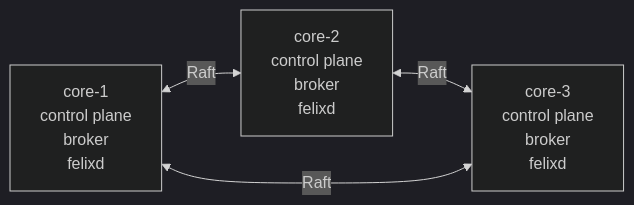
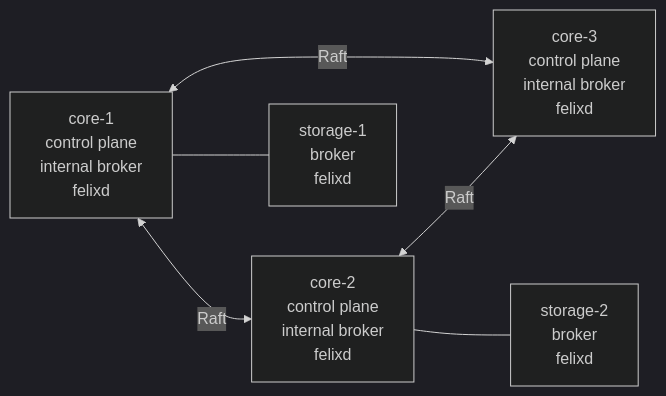
One commit to GetFelix/ninelives changed the first of 3 diagrams in docs/topology.md. Above: the diagram before and after it, drawn with Mermaid (dark theme). The commit also changed other lines of this file and 9 other files, not shown here.

````diff
--- a/docs/topology.md
+++ b/docs/topology.md
@@ -48,9 +61,13 @@
 ```mermaid
 flowchart LR
-    c1["core-1<br/>control plane<br/>broker<br/>felixd"]
-    c2["core-2<br/>control plane<br/>broker<br/>felixd"]
-    c3["core-3<br/>control plane<br/>broker<br/>felixd"]
+    c1["core-1<br/>control plane<br/>internal broker<br/>felixd"]
+    c2["core-2<br/>control plane<br/>internal broker<br/>felixd"]
+    c3["core-3<br/>control plane<br/>internal broker<br/>felixd"]
+    s1["storage-1<br/>broker<br/>felixd"]
+    s2["storage-2<br/>broker<br/>felixd"]
     c1 <-->|Raft| c2
     c2 <-->|Raft| c3
     c1 <-->|Raft| c3
+    c1 --- s1
+    c2 --- s2
 ```
````
